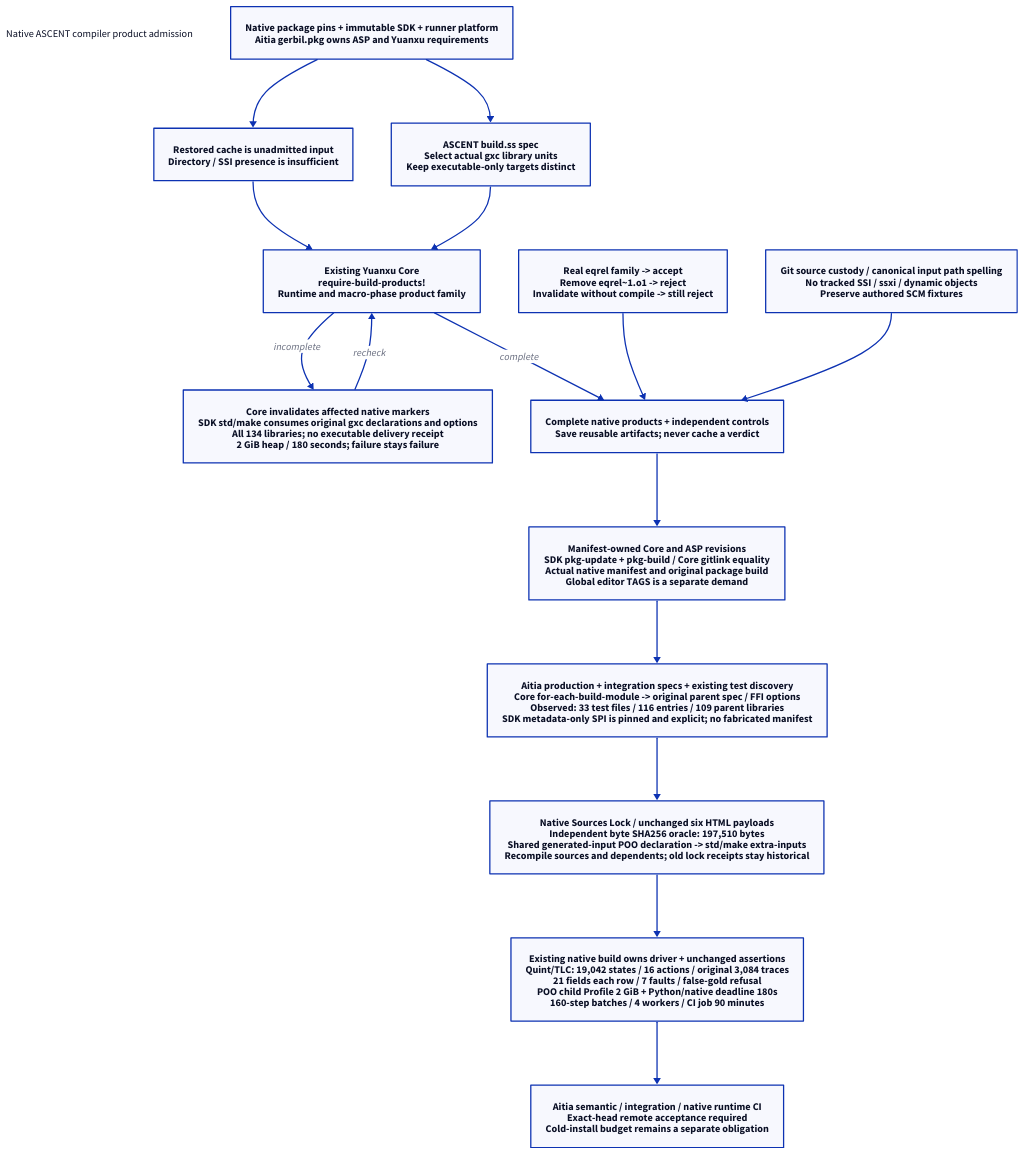
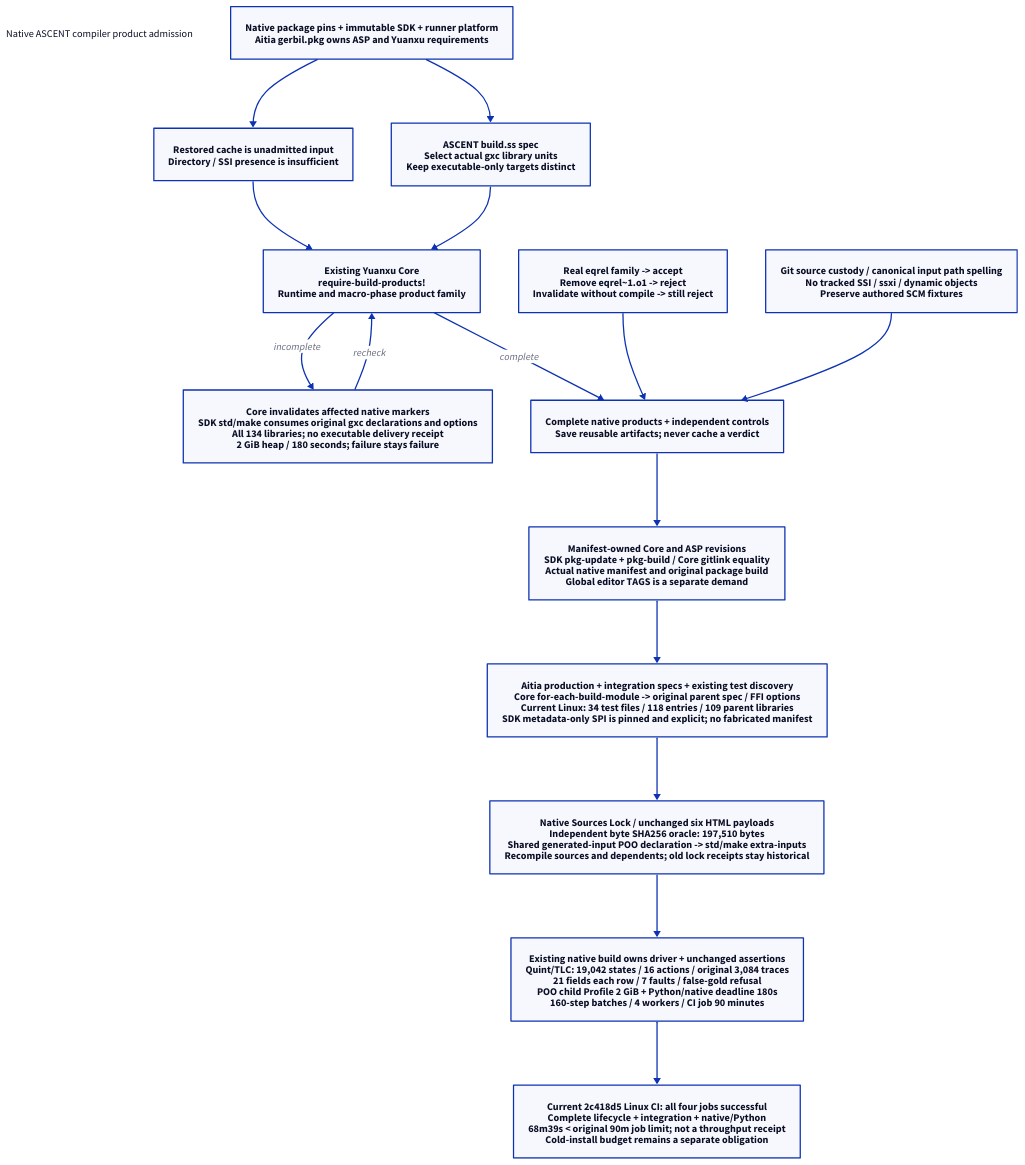
The diagram in docs/90-99-views/90-architecture-views/90.114-native-ascent-compiler-product-admission.d2 (hardenedlinux/deterministic-engineering), drawn with D2 before and after one commit. The commit also changed 2 other files, not shown here.

Commit message:
Record exact-head Linux Scheme and native CI acceptance

```diff
--- a/docs/90-99-views/90-architecture-views/90.114-native-ascent-compiler-product-admission.d2
+++ b/docs/90-99-views/90-architecture-views/90.114-native-ascent-compiler-product-admission.d2
@@ -1,31 +1,31 @@
 # org-target: docs/10-19-design/10-architecture/10.125-native-ascent-compiler-product-admission.org::#native125-scope
 # render-layout: elk; theme: 0; pad: 24
 direction: down
 title: "Native ASCENT compiler product admission" {shape: text}
 inputs: "Native package pins + immutable SDK + runner platform\nAitia gerbil.pkg owns ASP and Yuanxu requirements"
 cache: "Restored cache is unadmitted input\nDirectory / SSI presence is insufficient"
 spec: "ASCENT build.ss spec\nSelect actual gxc library units\nKeep executable-only targets distinct"
 core: "Existing Yuanxu Core\nrequire-build-products!\nRuntime and macro-phase product family"
 repair: "Core invalidates affected native markers\nSDK std/make consumes original gxc declarations and options\nAll 134 libraries; no executable delivery receipt\n2 GiB heap / 180 seconds; failure stays failure"
 negative: "Real eqrel family -> accept\nRemove eqrel~1.o1 -> reject\nInvalidate without compile -> still reject"
 source: "Git source custody / canonical input path spelling\nNo tracked SSI / ssxi / dynamic objects\nPreserve authored SCM fixtures"
 admit: "Complete native products + independent controls\nSave reusable artifacts; never cache a verdict"
 asp: "Manifest-owned Core and ASP revisions\nSDK pkg-update + pkg-build / Core gitlink equality\nActual native manifest and original package build\nGlobal editor TAGS is a separate demand"
-parent: "Aitia production + integration specs + existing test discovery\nCore for-each-build-module -> original parent spec / FFI options\nObserved: 33 test files / 116 entries / 109 parent libraries\nSDK metadata-only SPI is pinned and explicit; no fabricated manifest"
+parent: "Aitia production + integration specs + existing test discovery\nCore for-each-build-module -> original parent spec / FFI options\nCurrent Linux: 34 test files / 118 entries / 109 parent libraries\nSDK metadata-only SPI is pinned and explicit; no fabricated manifest"
 lock: "Native Sources Lock / unchanged six HTML payloads\nIndependent byte SHA256 oracle: 197,510 bytes\nShared generated-input POO declaration -> std/make extra-inputs\nRecompile sources and dependents; old lock receipts stay historical"
 lifecycle: "Existing native build owns driver + unchanged assertions\nQuint/TLC: 19,042 states / 16 actions / original 3,084 traces\n21 fields each row / 7 faults / false-gold refusal\nPOO child Profile 2 GiB + Python/native deadline 180s\n160-step batches / 4 workers / CI job 90 minutes"
-consumer: "Aitia semantic / integration / native runtime CI\nExact-head remote acceptance required\nCold-install budget remains a separate obligation"
+consumer: "Current 2c418d5 Linux CI: all four jobs successful\nComplete lifecycle + integration + native/Python\n68m39s < original 90m job limit; not a throughput receipt\nCold-install budget remains a separate obligation"
 inputs -> cache
 inputs -> spec
 cache -> core
 spec -> core
 core -> repair: "incomplete"
 repair -> core: "recheck"
 core -> admit: "complete"
 negative -> admit
 source -> admit
 admit -> asp
 asp -> parent
 parent -> lock
 lock -> lifecycle
 lifecycle -> consumer
```
